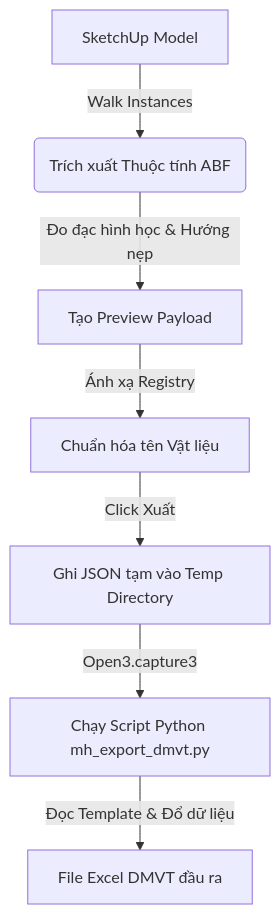
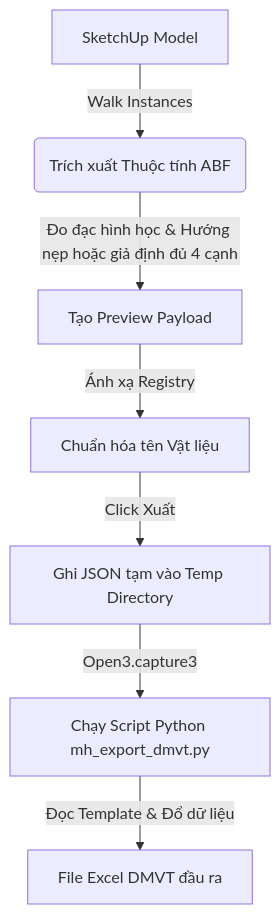
The diagram in MH_EXPORT/README.md (kt3xhomeeco-sketch/MH), drawn with Mermaid before and after one commit. The commit also changed other lines of this file and 3 other files, not shown here.

````diff
--- a/MH_EXPORT/README.md
+++ b/MH_EXPORT/README.md
@@ -48,9 +50,9 @@
 ```mermaid
 graph TD
     A[SketchUp Model] -->|Walk Instances| B(Trích xuất Thuộc tính ABF)
-    B -->|Đo đạc hình học & Hướng nẹp| C[Tạo Preview Payload]
+    B -->|Đo đạc hình học & Hướng nẹp hoặc giả định đủ 4 cạnh| C[Tạo Preview Payload]
     C -->|Ánh xạ Registry| D[Chuẩn hóa tên Vật liệu]
     D -->|Click Xuất| E[Ghi JSON tạm vào Temp Directory]
     E -->|Open3.capture3| F[Chạy Script Python mh_export_dmvt.py]
     F -->|Đọc Template & Đổ dữ liệu| G[File Excel DMVT đầu ra]
 ```
````
